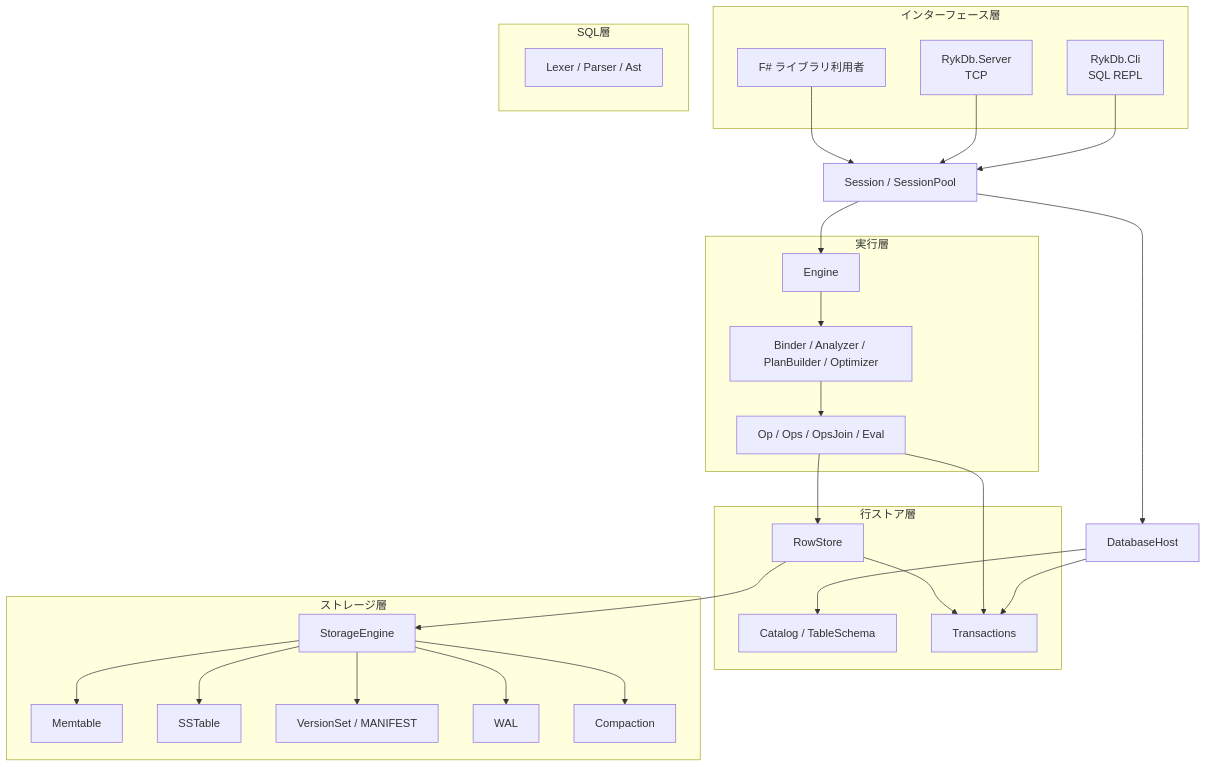
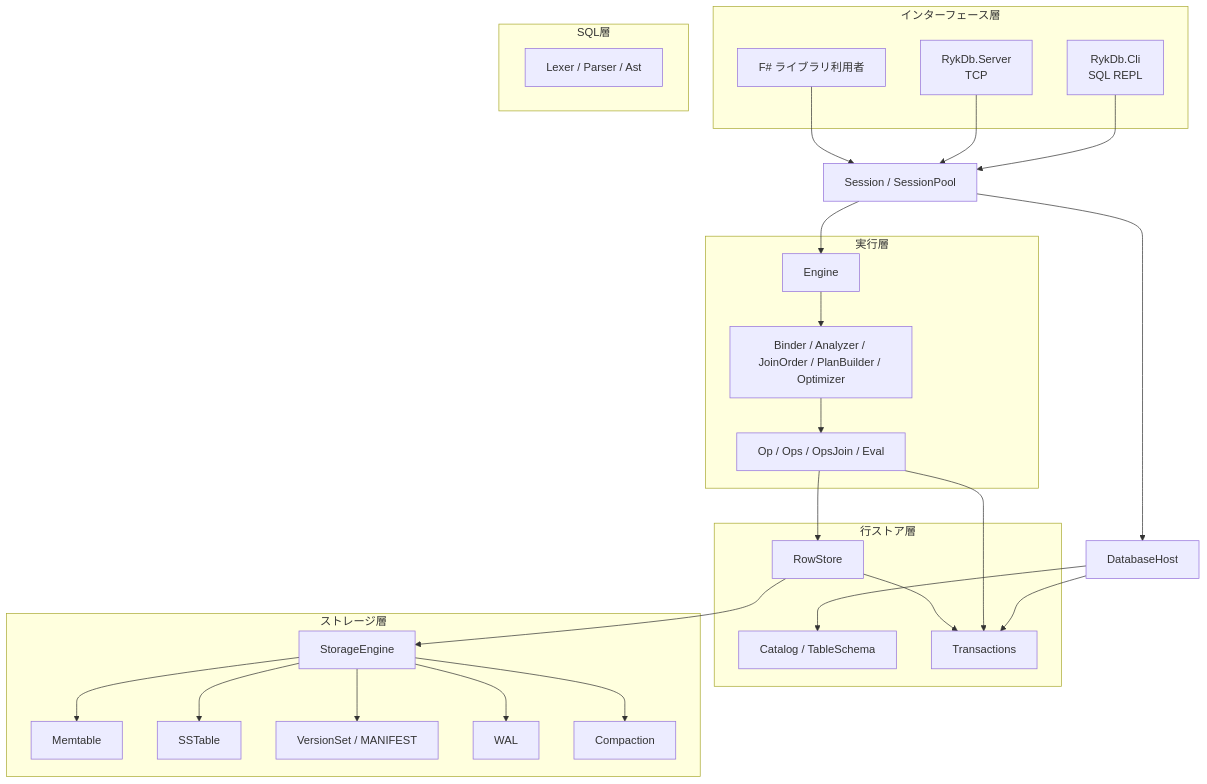
The first of 2 diagrams in docs/architecture.md (nwtks/rykdb), drawn with Mermaid before and after one commit. The commit also changed other lines of this file and 21 other files, not shown here.

````diff
--- a/docs/architecture.md
+++ b/docs/architecture.md
@@ -36,55 +36,55 @@
 ```mermaid
 flowchart TB
     subgraph IF["インターフェース層"]
         CLI["RykDb.Cli\nSQL REPL"]
         SRV["RykDb.Server\nTCP"]
         LIB["F# ライブラリ利用者"]
     end
 
     SESS["Session / SessionPool"]
     HOST["DatabaseHost"]
 
     subgraph SQL["SQL層"]
         PARSER["Lexer / Parser / Ast"]
     end
 
     subgraph EX["実行層"]
         ENGINE["Engine"]
-        PLAN["Binder / Analyzer / PlanBuilder / Optimizer"]
+        PLAN["Binder / Analyzer / JoinOrder / PlanBuilder / Optimizer"]
         OPS["Op / Ops / OpsJoin / Eval"]
     end
 
     subgraph ROW["行ストア層"]
         RS["RowStore"]
         CAT["Catalog / TableSchema"]
         TX["Transactions"]
     end
 
     subgraph ST["ストレージ層"]
         SE["StorageEngine"]
         MEM["Memtable"]
         SST["SSTable"]
         VS["VersionSet / MANIFEST"]
         WAL["WAL"]
         CO["Compaction"]
     end
 
     CLI --> SESS
     SRV --> SESS
     LIB --> SESS
     SESS --> HOST
     SESS --> ENGINE
     HOST --> TX
     HOST --> CAT
     ENGINE --> PLAN
     PLAN --> OPS
     OPS --> RS
     OPS --> TX
     RS --> SE
     RS --> TX
     SE --> MEM
     SE --> SST
     SE --> VS
     SE --> WAL
     SE --> CO
 ```
````
